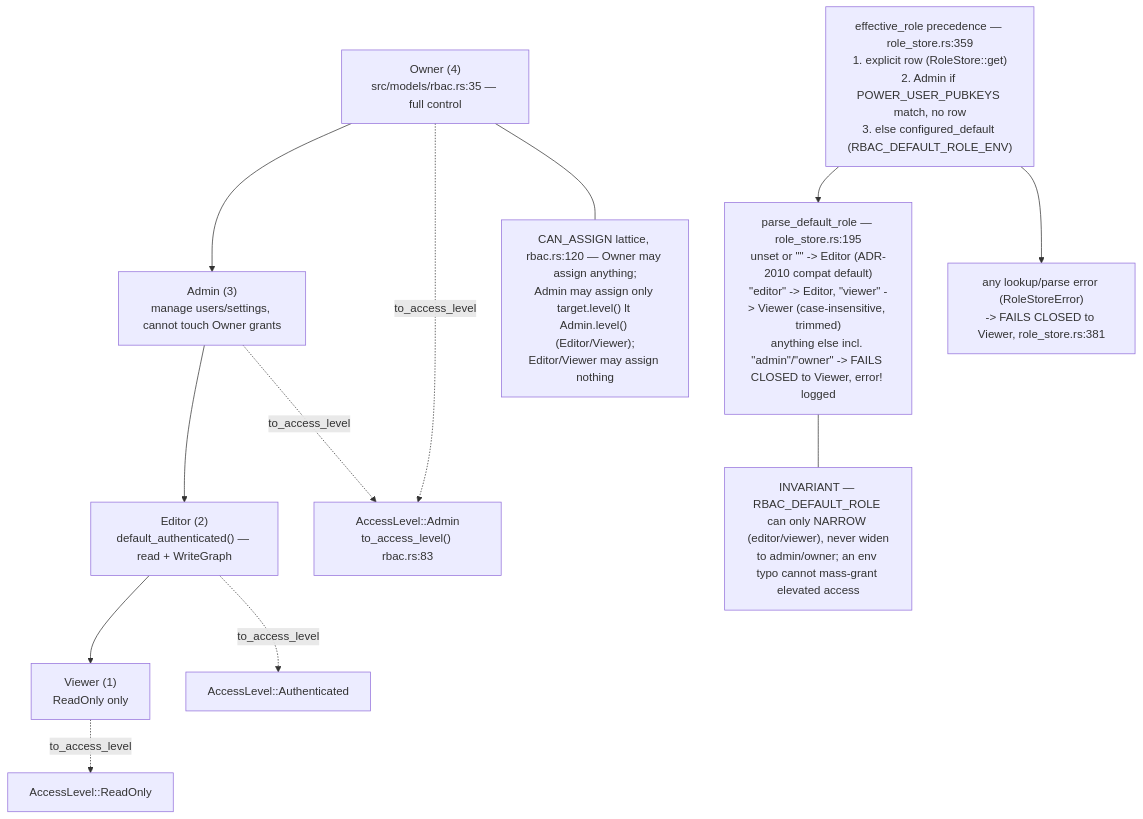
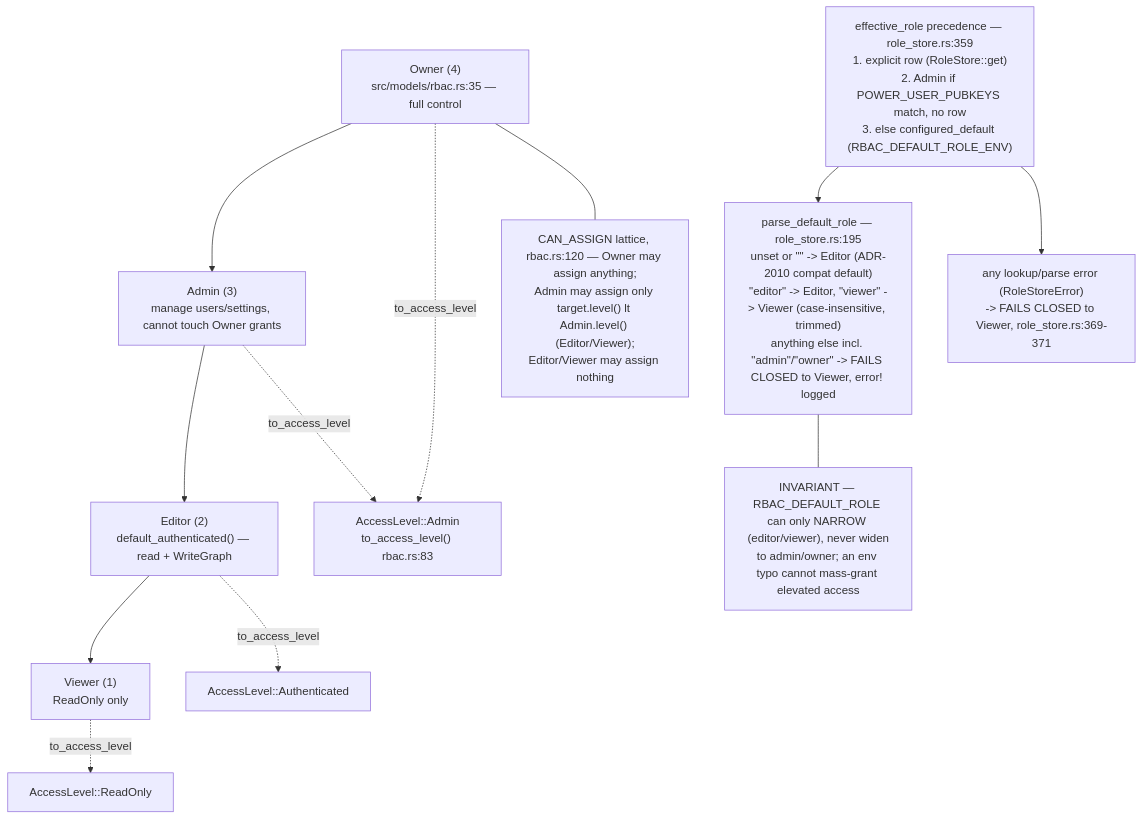
One commit to DreamLab-AI/VisionFlow changed the seventh of 16 diagrams in docs/diagrams/visionclaw/03-request-lifecycle-and-rbac.md. Above: the diagram before and after it, drawn with Mermaid. The commit also changed other lines of this file and 185 other files, not shown here.

Commit message:
docs(estate): reconcile diagrams and ADRs with source and define closeout sprint

````diff
--- a/docs/diagrams/visionclaw/03-request-lifecycle-and-rbac.md
+++ b/docs/diagrams/visionclaw/03-request-lifecycle-and-rbac.md
@@ -339,24 +340,24 @@
 ```mermaid
 flowchart TB
     OWN["Owner (4)<br/>src/models/rbac.rs:35 — full control"]
     ADM["Admin (3)<br/>manage users/settings, cannot touch Owner grants"]
     EDI["Editor (2)<br/>default_authenticated() — read + WriteGraph"]
     VIE["Viewer (1)<br/>ReadOnly only"]
     OWN --> ADM --> EDI --> VIE
     ACC1["AccessLevel::Admin<br/>to_access_level() rbac.rs:83"]
     ACC2["AccessLevel::Authenticated"]
     ACC3["AccessLevel::ReadOnly"]
     OWN -.->|"to_access_level"| ACC1
     ADM -.->|"to_access_level"| ACC1
     EDI -.->|"to_access_level"| ACC2
     VIE -.->|"to_access_level"| ACC3
     PREC["effective_role precedence — role_store.rs:359<br/>1. explicit row (RoleStore::get)<br/>2. Admin if POWER_USER_PUBKEYS match, no row<br/>3. else configured_default (RBAC_DEFAULT_ROLE_ENV)"]
     DEF["parse_default_role — role_store.rs:195<br/>unset or #quot;#quot; -> Editor (ADR-2010 compat default)<br/>#quot;editor#quot; -> Editor, #quot;viewer#quot; -> Viewer (case-insensitive, trimmed)<br/>anything else incl. #quot;admin#quot;/#quot;owner#quot; -> FAILS CLOSED to Viewer, error! logged"]
-    ERR["any lookup/parse error (RoleStoreError)<br/>-> FAILS CLOSED to Viewer, role_store.rs:381"]
+    ERR["any lookup/parse error (RoleStoreError)<br/>-> FAILS CLOSED to Viewer, role_store.rs:369-371"]
     PREC --> DEF
     PREC --> ERR
     N1["INVARIANT — RBAC_DEFAULT_ROLE can only NARROW (editor/viewer), never widen<br/>to admin/owner; an env typo cannot mass-grant elevated access"]
     DEF --- N1
     N2["CAN_ASSIGN lattice, rbac.rs:120 — Owner may assign anything;<br/>Admin may assign only target.level() lt Admin.level() (Editor/Viewer);<br/>Editor/Viewer may assign nothing"]
     OWN --- N2
 ```
````
